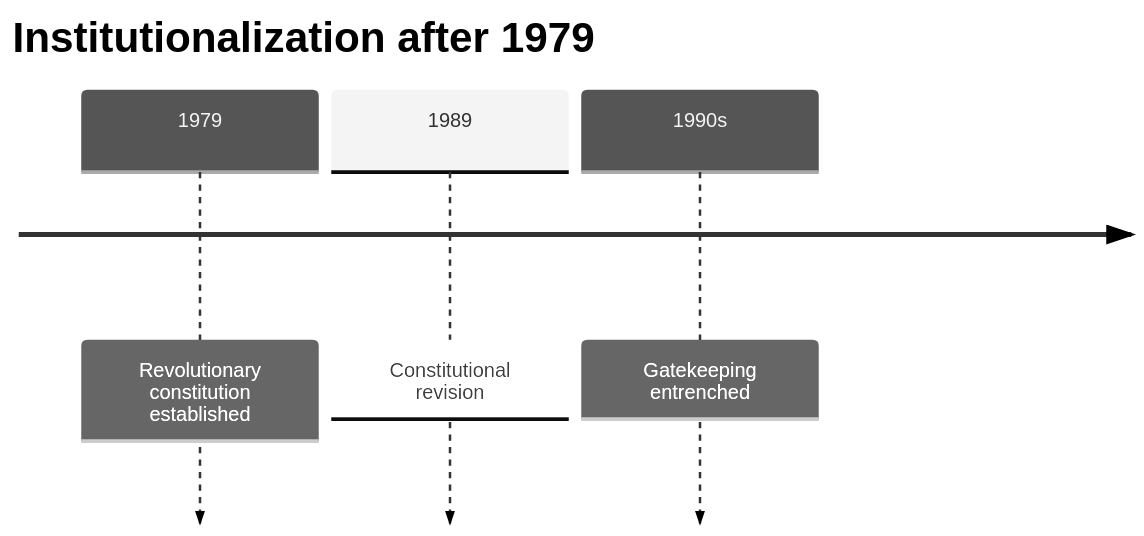
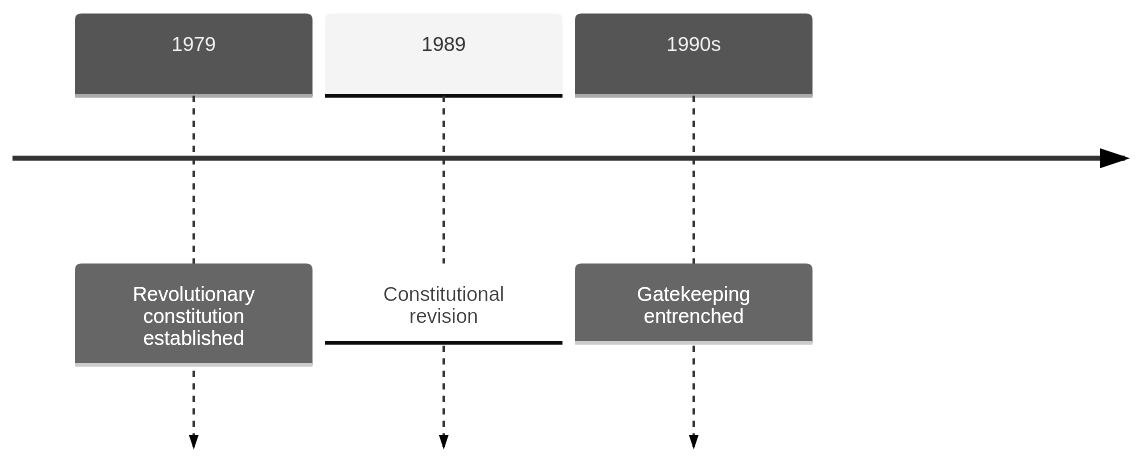
Before and after one commit to daylight55/research: the first of 2 diagrams in articles/report/post-revolution-iran-power-structure/en/index.mdx, drawn with Mermaid (neutral theme). The commit also changed other lines of this file and 181 other files, not shown here.

First line of the commit message:
全記事の図解368点を再生成し、共通注意書きを削除 (#402)

````diff
--- a/articles/report/post-revolution-iran-power-structure/en/index.mdx
+++ b/articles/report/post-revolution-iran-power-structure/en/index.mdx
@@ -30,7 +30,10 @@
 ```mermaid
 timeline
-    title Institutionalization after 1979
+  accTitle: Institutional formation and constitutional revision after Iran's revolution
+  accDescr: Distinguish the 1979 institutional foundation, the 1989 redesign and the later consolidation of candidate vetting.
+  accTitle: Institutional formation and constitutional revision after Iran's revolution
+  accDescr: Distinguish the 1979 institutional foundation, the 1989 redesign and the later consolidation of candidate vetting.
     1979 : Revolutionary constitution established
     1989 : Constitutional revision
     1990s : Gatekeeping entrenched
 ```
````
